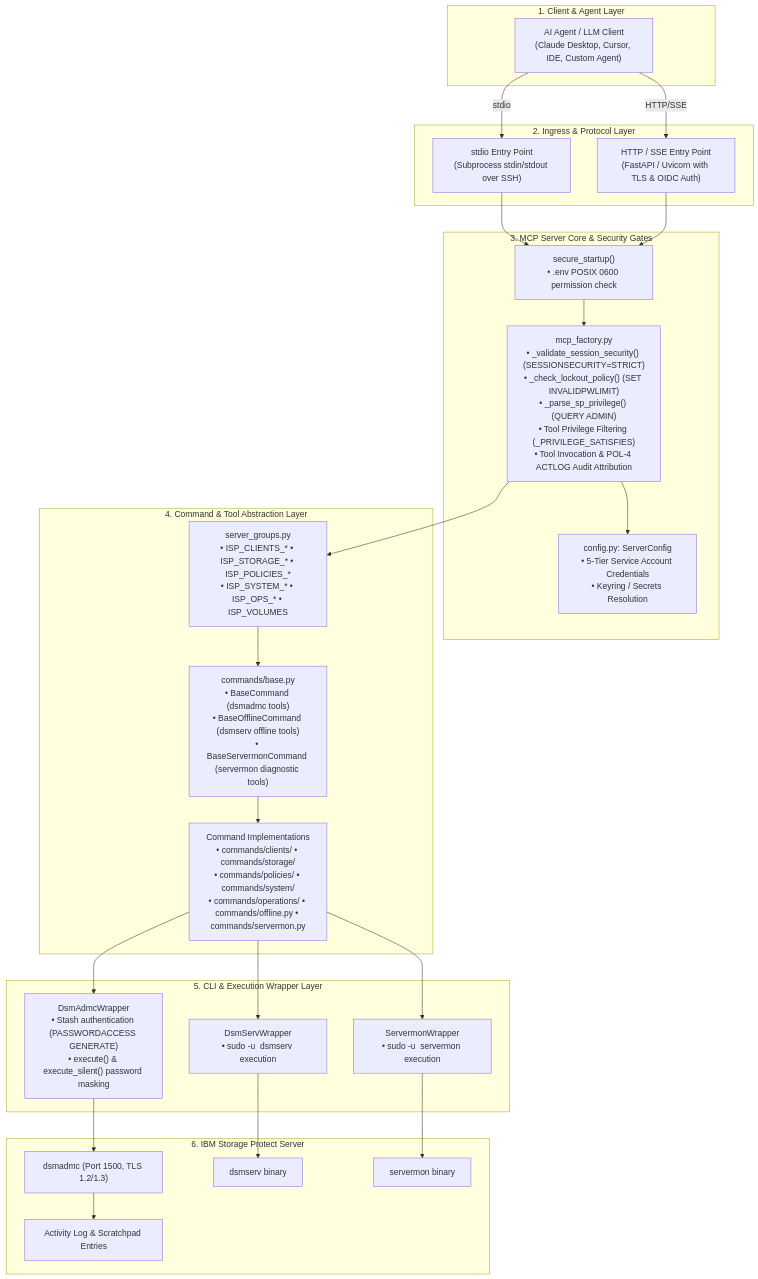
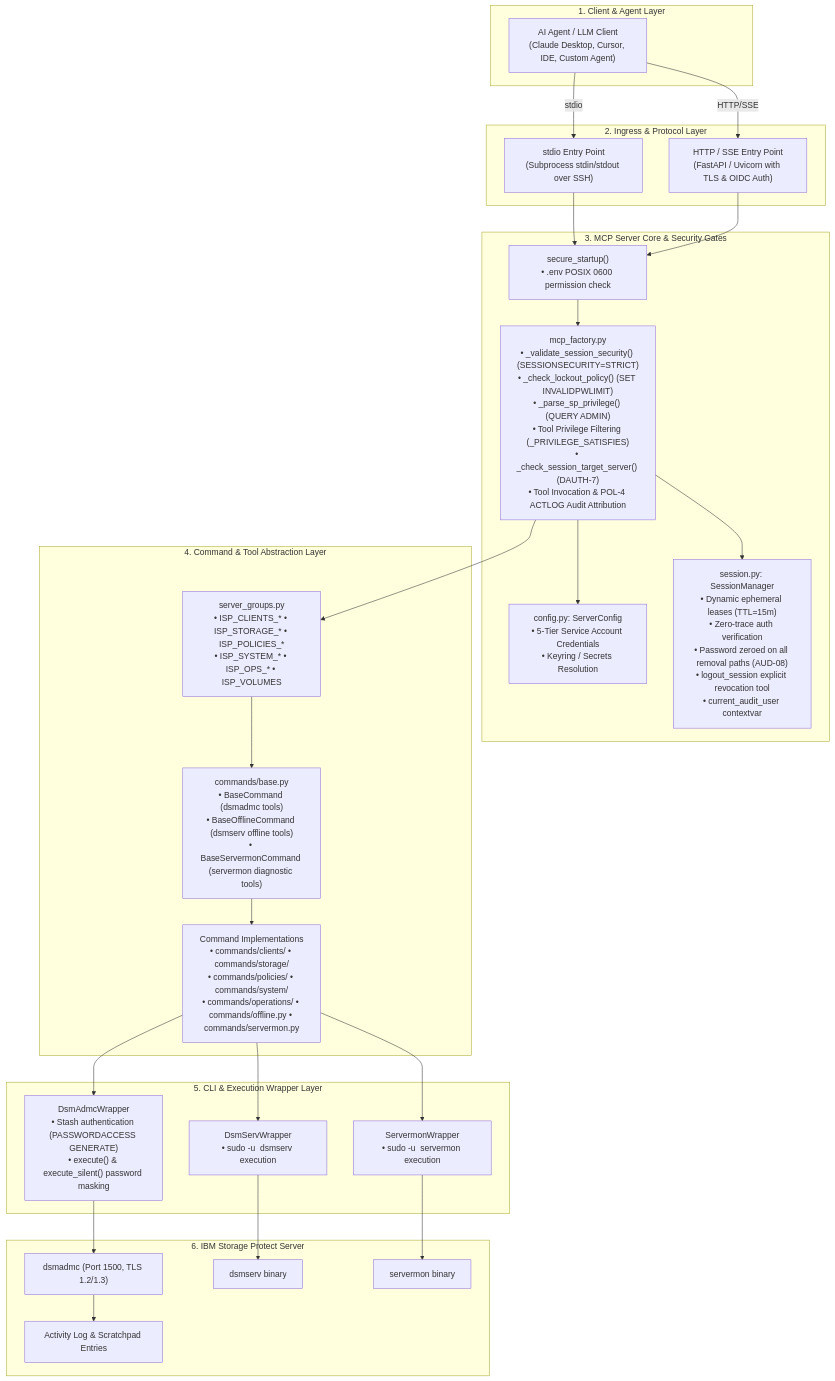
Before and after one commit to albee-jhoney/storage-protect-mcp-server: the first of 3 diagrams in docs/architecture/architecture.md, drawn with Mermaid. The commit also changed other lines of this file and 52 other files, not shown here.

````diff
--- a/docs/architecture/architecture.md
+++ b/docs/architecture/architecture.md
@@ -44,53 +49,55 @@
 ```mermaid
 graph TD
     subgraph ClientTier ["1. Client & Agent Layer"]
         AGENT["AI Agent / LLM Client\n(Claude Desktop, Cursor, IDE, Custom Agent)"]
     end
 
     subgraph IngressTier ["2. Ingress & Protocol Layer"]
         STDIO_EP["stdio Entry Point\n(Subprocess stdin/stdout over SSH)"]
         HTTP_EP["HTTP / SSE Entry Point\n(FastAPI / Uvicorn with TLS & OIDC Auth)"]
     end
 
     subgraph CoreTier ["3. MCP Server Core & Security Gates"]
         SEC_START["secure_startup()\n• .env POSIX 0600 permission check"]
         CONFIG_MGR["config.py: ServerConfig\n• 5-Tier Service Account Credentials\n• Keyring / Secrets Resolution"]
-        FACTORY["mcp_factory.py\n• _validate_session_security() (SESSIONSECURITY=STRICT)\n• _check_lockout_policy() (SET INVALIDPWLIMIT)\n• _parse_sp_privilege() (QUERY ADMIN)\n• Tool Privilege Filtering (_PRIVILEGE_SATISFIES)\n• Tool Invocation & POL-4 ACTLOG Audit Attribution"]
+        SESS_MGR["session.py: SessionManager\n• Dynamic ephemeral leases (TTL=15m)\n• Zero-trace auth verification\n• Password zeroed on all removal paths (AUD-08)\n• logout_session explicit revocation tool\n• current_audit_user contextvar"]
+        FACTORY["mcp_factory.py\n• _validate_session_security() (SESSIONSECURITY=STRICT)\n• _check_lockout_policy() (SET INVALIDPWLIMIT)\n• _parse_sp_privilege() (QUERY ADMIN)\n• Tool Privilege Filtering (_PRIVILEGE_SATISFIES)\n• _check_session_target_server() (DAUTH-7)\n• Tool Invocation & POL-4 ACTLOG Audit Attribution"]
     end
 
     subgraph ModuleTier ["4. Command & Tool Abstraction Layer"]
         GROUPS["server_groups.py\n• ISP_CLIENTS_* • ISP_STORAGE_* • ISP_POLICIES_*\n• ISP_SYSTEM_* • ISP_OPS_* • ISP_VOLUMES"]
         BASE_CMD["commands/base.py\n• BaseCommand (dsmadmc tools)\n• BaseOfflineCommand (dsmserv offline tools)\n• BaseServermonCommand (servermon diagnostic tools)"]
         IMPL_CMD["Command Implementations\n• commands/clients/ • commands/storage/\n• commands/policies/ • commands/system/\n• commands/operations/ • commands/offline.py • commands/servermon.py"]
     end
 
     subgraph WrapperTier ["5. CLI & Execution Wrapper Layer"]
         ADMC_WRAP["DsmAdmcWrapper\n• Stash authentication (PASSWORDACCESS GENERATE)\n• execute() & execute_silent() password masking"]
         SERV_WRAP["DsmServWrapper\n• sudo -u <instance_user> dsmserv execution"]
         MON_WRAP["ServermonWrapper\n• sudo -u <instance_user> servermon execution"]
     end
 
     subgraph StorageProtectTier ["6. IBM Storage Protect Server"]
         DSMADMC["dsmadmc (Port 1500, TLS 1.2/1.3)"]
         DSMSERV["dsmserv binary"]
         SERVERMON["servermon binary"]
         ACTLOG["Activity Log & Scratchpad Entries"]
     end
 
     AGENT -->|stdio| STDIO_EP
     AGENT -->|HTTP/SSE| HTTP_EP
     STDIO_EP --> SEC_START
     HTTP_EP --> SEC_START
     SEC_START --> FACTORY
+    FACTORY --> SESS_MGR
     FACTORY --> CONFIG_MGR
     FACTORY --> GROUPS
     GROUPS --> BASE_CMD
     BASE_CMD --> IMPL_CMD
     IMPL_CMD --> ADMC_WRAP
     IMPL_CMD --> SERV_WRAP
     IMPL_CMD --> MON_WRAP
     ADMC_WRAP --> DSMADMC
     SERV_WRAP --> DSMSERV
     MON_WRAP --> SERVERMON
     DSMADMC --> ACTLOG
 ```
````
